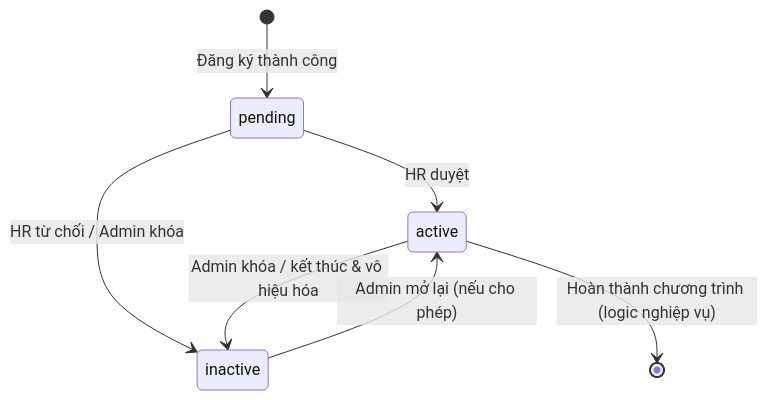
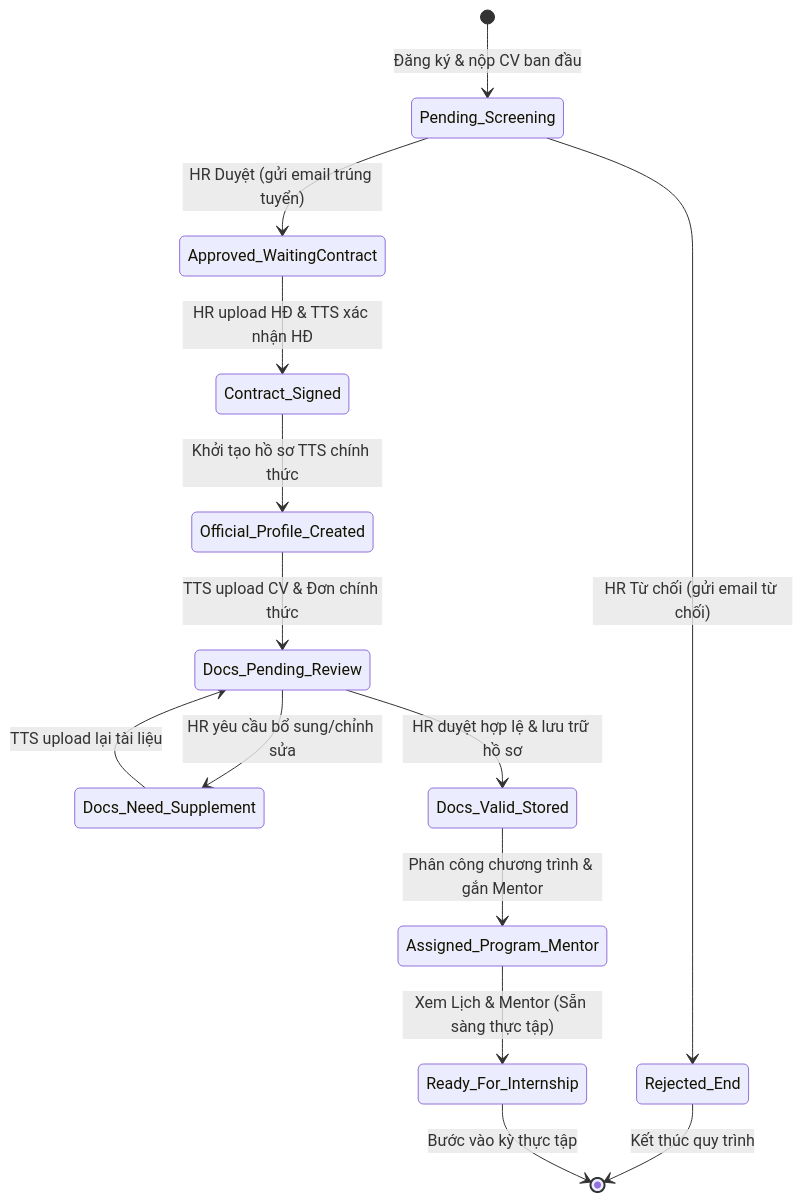
Before and after one commit to AnLT206/Product_Backlog_Internship_Ictu: the third of 3 diagrams in docs/software-specification.md, drawn with Mermaid. The commit also changed other lines of this file and 9 other files, not shown here.

````diff
--- a/docs/software-specification.md
+++ b/docs/software-specification.md
@@ -122,9 +181,20 @@
 ```mermaid
 stateDiagram-v2
-    [*] --> pending: Đăng ký thành công
-    pending --> active: HR duyệt
-    pending --> inactive: HR từ chối / Admin khóa
-    active --> inactive: Admin khóa / kết thúc & vô hiệu hóa
-    inactive --> active: Admin mở lại (nếu cho phép)
-    active --> [*]: Hoàn thành chương trình (logic nghiệp vụ)
+    [*] --> Pending_Screening: Đăng ký & nộp CV ban đầu
+    Pending_Screening --> Rejected_End: HR Từ chối (gửi email từ chối)
+    Rejected_End --> [*]: Kết thúc quy trình
+
+    Pending_Screening --> Approved_WaitingContract: HR Duyệt (gửi email trúng tuyển)
+    Approved_WaitingContract --> Contract_Signed: HR upload HĐ & TTS xác nhận HĐ
+
+    Contract_Signed --> Official_Profile_Created: Khởi tạo hồ sơ TTS chính thức
+    Official_Profile_Created --> Docs_Pending_Review: TTS upload CV & Đơn chính thức
+
+    Docs_Pending_Review --> Docs_Need_Supplement: HR yêu cầu bổ sung/chỉnh sửa
+    Docs_Need_Supplement --> Docs_Pending_Review: TTS upload lại tài liệu
+
+    Docs_Pending_Review --> Docs_Valid_Stored: HR duyệt hợp lệ & lưu trữ hồ sơ
+    Docs_Valid_Stored --> Assigned_Program_Mentor: Phân công chương trình & gắn Mentor
+    Assigned_Program_Mentor --> Ready_For_Internship: Xem Lịch & Mentor (Sẵn sàng thực tập)
+    Ready_For_Internship --> [*]: Bước vào kỳ thực tập
 ```
````
